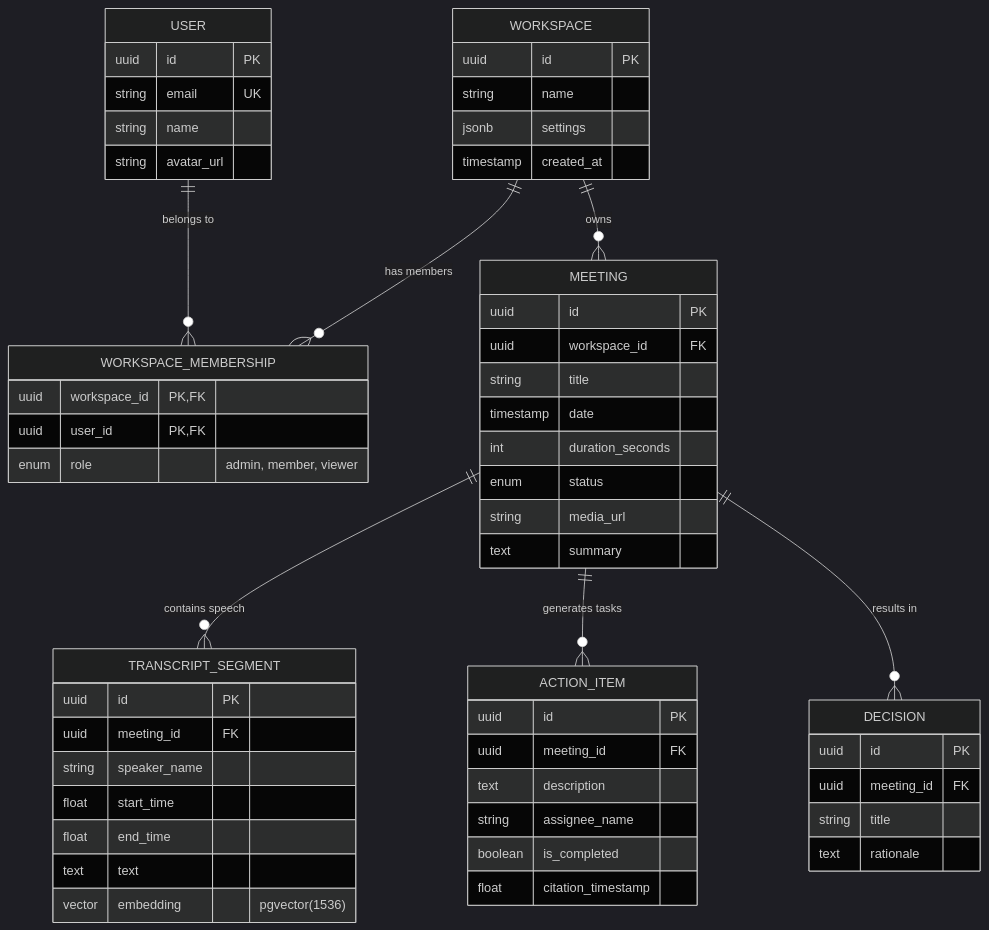
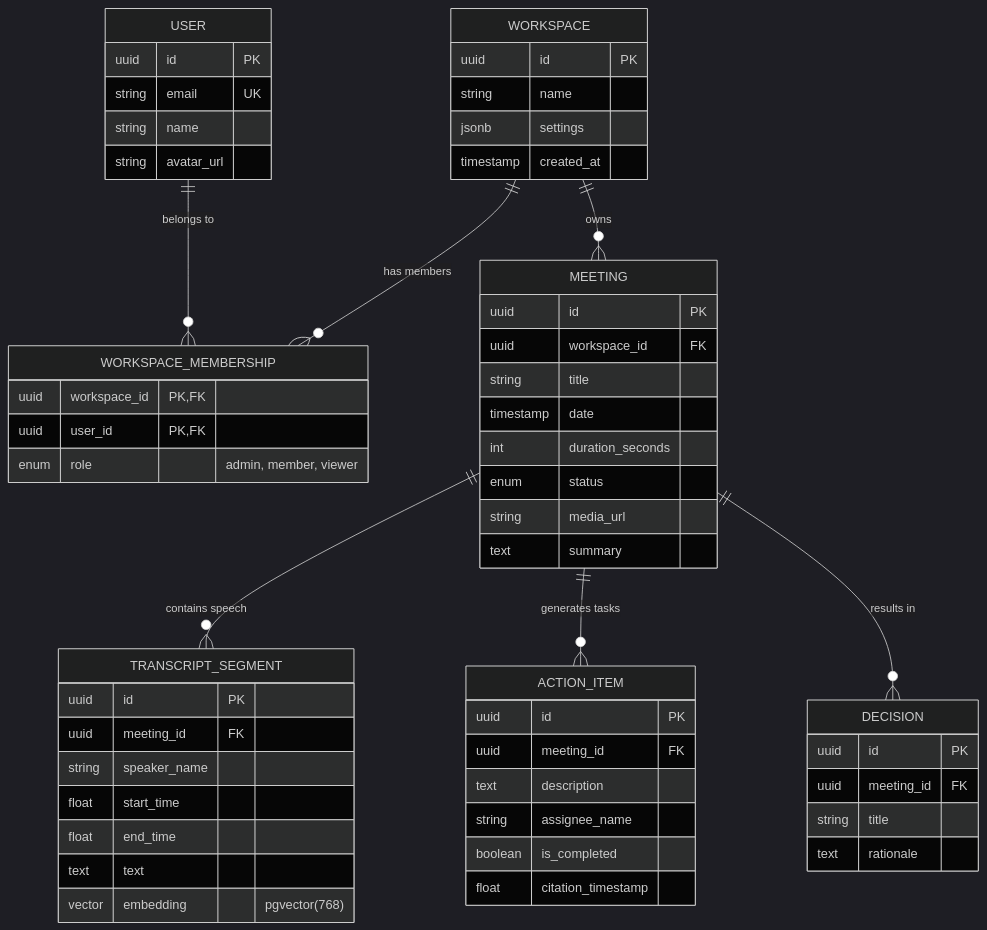
The diagram in 04-backend/er-diagram.md (rudrabhavsar7/MeetingMind), drawn with Mermaid (dark theme) before and after one commit. The commit also changed 82 other files, not shown here.

````diff
--- a/04-backend/er-diagram.md
+++ b/04-backend/er-diagram.md
@@ -20,69 +20,69 @@
 ```mermaid
 erDiagram
     WORKSPACE {
         uuid id PK
         string name
         jsonb settings
         timestamp created_at
     }
 
     USER {
         uuid id PK
         string email UK
         string name
         string avatar_url
     }
 
     WORKSPACE_MEMBERSHIP {
         uuid workspace_id PK, FK
         uuid user_id PK, FK
         enum role "admin, member, viewer"
     }
 
     MEETING {
         uuid id PK
         uuid workspace_id FK
         string title
         timestamp date
         int duration_seconds
         enum status
         string media_url
         text summary
     }
 
     TRANSCRIPT_SEGMENT {
         uuid id PK
         uuid meeting_id FK
         string speaker_name
         float start_time
         float end_time
         text text
-        vector embedding "pgvector(1536)"
+        vector embedding "pgvector(768)"
     }
 
     ACTION_ITEM {
         uuid id PK
         uuid meeting_id FK
         text description
         string assignee_name
         boolean is_completed
         float citation_timestamp
     }
 
     DECISION {
         uuid id PK
         uuid meeting_id FK
         string title
         text rationale
     }
 
     %% Relationships
     WORKSPACE ||--o{ WORKSPACE_MEMBERSHIP : "has members"
     USER ||--o{ WORKSPACE_MEMBERSHIP : "belongs to"
     
     WORKSPACE ||--o{ MEETING : "owns"
     
     MEETING ||--o{ TRANSCRIPT_SEGMENT : "contains speech"
     MEETING ||--o{ ACTION_ITEM : "generates tasks"
     MEETING ||--o{ DECISION : "results in"
 ```
````
